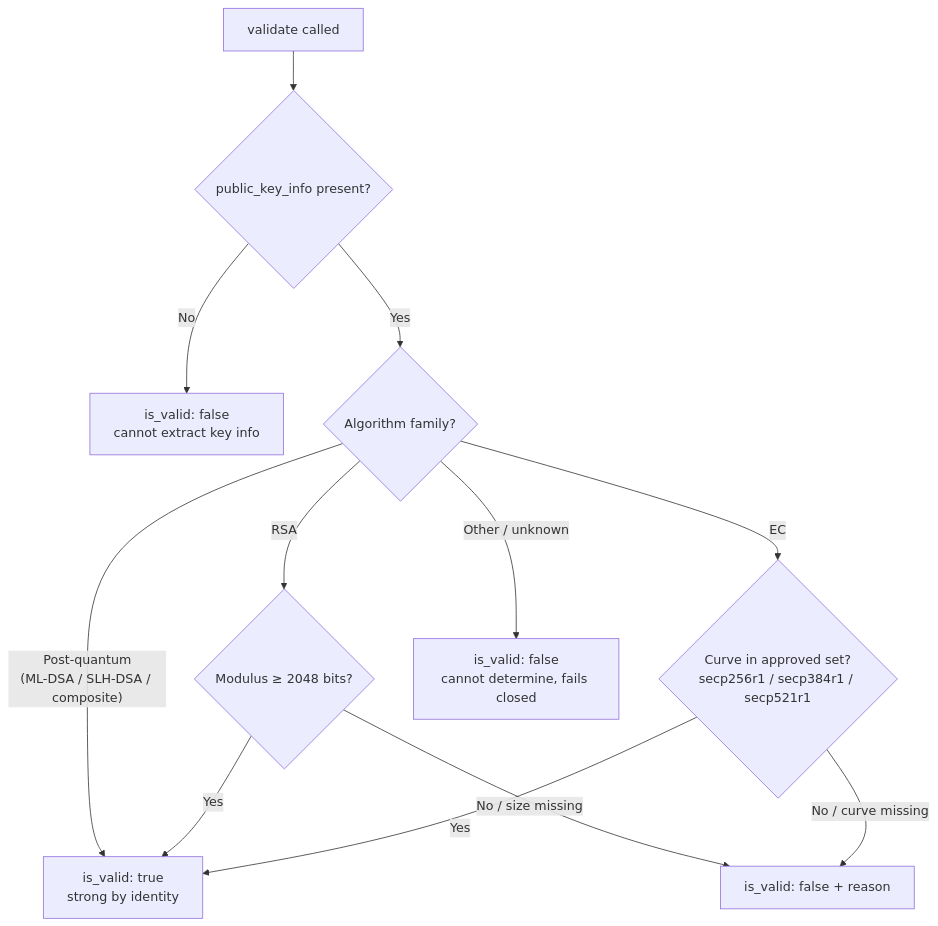
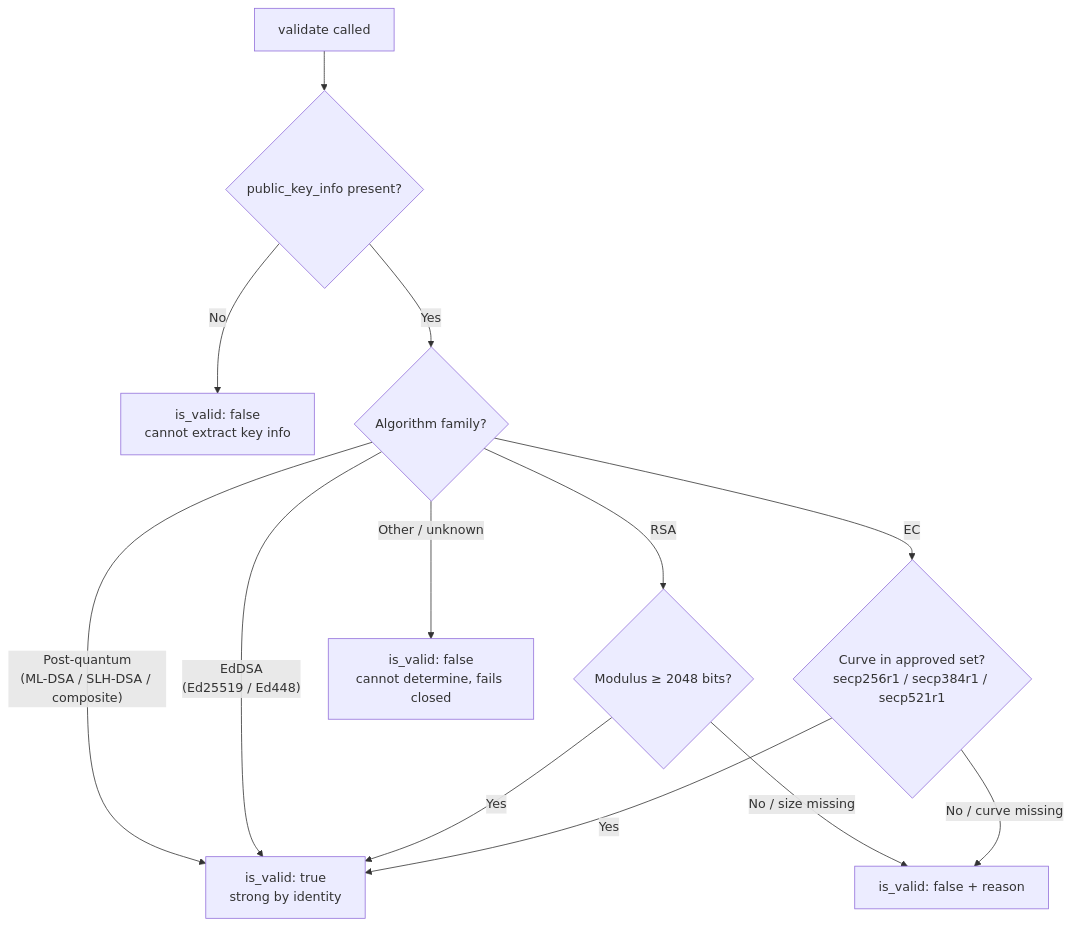
One commit to bradh11/certmonitor changed the diagram in docs/validators/key_info.md. Above: the diagram before and after it, drawn with Mermaid. The commit also changed other lines of this file and 6 other files, not shown here.

````diff
--- a/docs/validators/key_info.md
+++ b/docs/validators/key_info.md
@@ -24,14 +25,15 @@
 ```mermaid
 flowchart TD
     A[validate called] --> B{public_key_info present?}
     B -- No --> Z["is_valid: false<br/>cannot extract key info"]
     B -- Yes --> C{Algorithm family?}
     C -- "Post-quantum<br/>(ML-DSA / SLH-DSA / composite)" --> D["is_valid: true<br/>strong by identity"]
+    C -- "EdDSA<br/>(Ed25519 / Ed448)" --> D
     C -- RSA --> E{Modulus &ge; 2048 bits?}
     E -- Yes --> D
     E -- "No / size missing" --> F["is_valid: false + reason"]
     C -- EC --> H{Curve in approved set?<br/>secp256r1 / secp384r1 / secp521r1}
     H -- Yes --> D
     H -- "No / curve missing" --> F
     C -- "Other / unknown" --> K["is_valid: false<br/>cannot determine, fails closed"]
 ```
````
